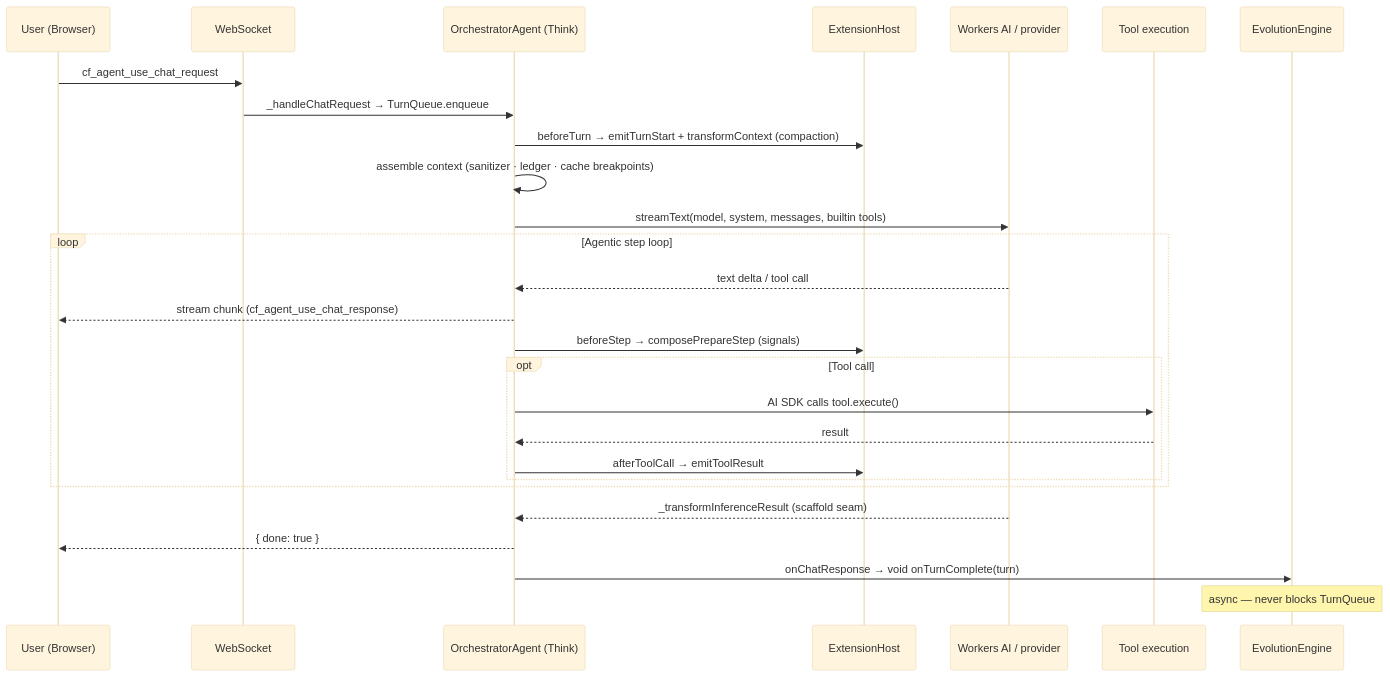
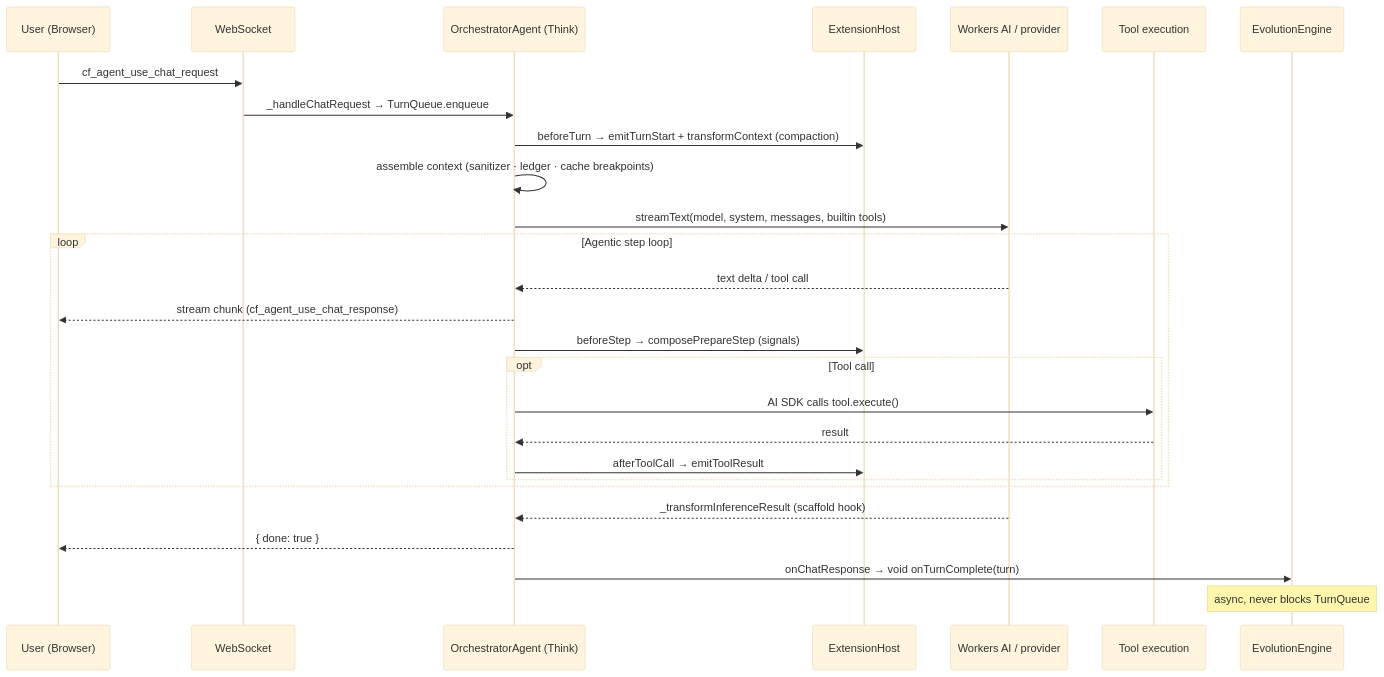
One commit to AshishKumar4/kinu changed the fourth of 5 diagrams in docs/ARCHITECTURE.md. Above: the diagram before and after it, drawn with Mermaid (base theme). The commit also changed other lines of this file and 49 other files, not shown here.

````diff
--- a/docs/ARCHITECTURE.md
+++ b/docs/ARCHITECTURE.md
@@ -267,30 +266,30 @@
 ```mermaid
 sequenceDiagram
     participant U as User (Browser)
     participant WS as WebSocket
     participant T as OrchestratorAgent (Think)
     participant X as ExtensionHost
     participant LLM as Workers AI / provider
     participant Tools as Tool execution
     participant Evo as EvolutionEngine
 
     U->>WS: cf_agent_use_chat_request
     WS->>T: _handleChatRequest → TurnQueue.enqueue
     T->>X: beforeTurn → emitTurnStart + transformContext (compaction)
     T->>T: assemble context (sanitizer · ledger · cache breakpoints)
     T->>LLM: streamText(model, system, messages, builtin tools)
     loop Agentic step loop
         LLM-->>T: text delta / tool call
         T-->>U: stream chunk (cf_agent_use_chat_response)
         T->>X: beforeStep → composePrepareStep (signals)
         opt Tool call
             T->>Tools: AI SDK calls tool.execute()
             Tools-->>T: result
             T->>X: afterToolCall → emitToolResult
         end
     end
-    LLM-->>T: _transformInferenceResult (scaffold seam)
+    LLM-->>T: _transformInferenceResult (scaffold hook)
     T-->>U: { done: true }
     T->>Evo: onChatResponse → void onTurnComplete(turn)
-    Note over Evo: async — never blocks TurnQueue
+    Note over Evo: async, never blocks TurnQueue
 ```
````
